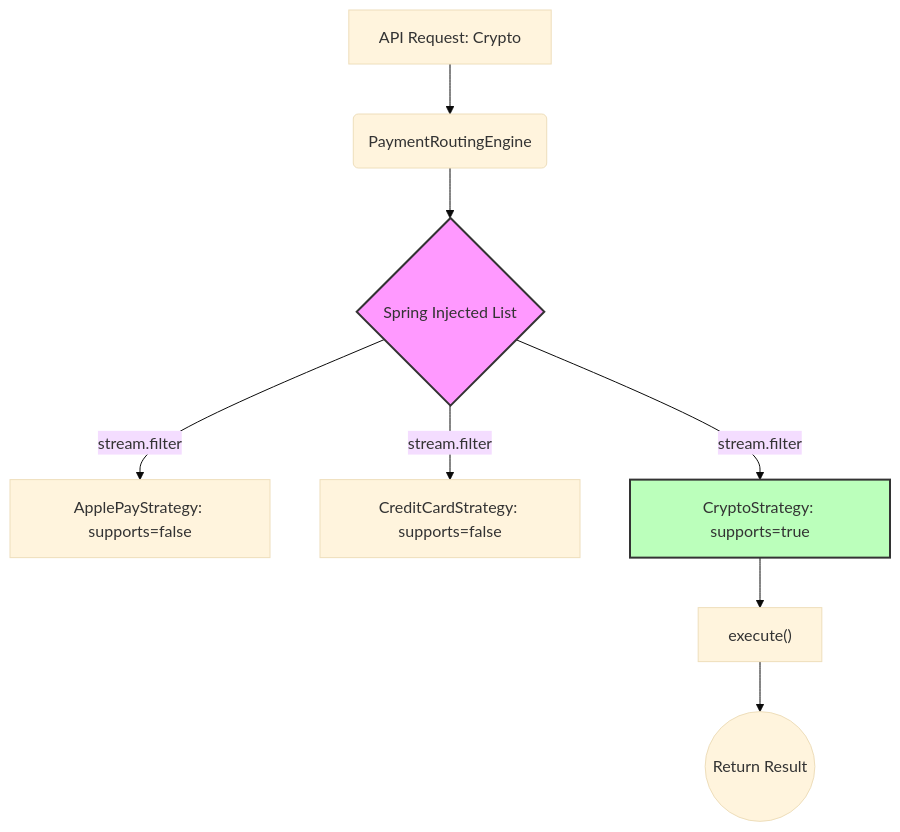
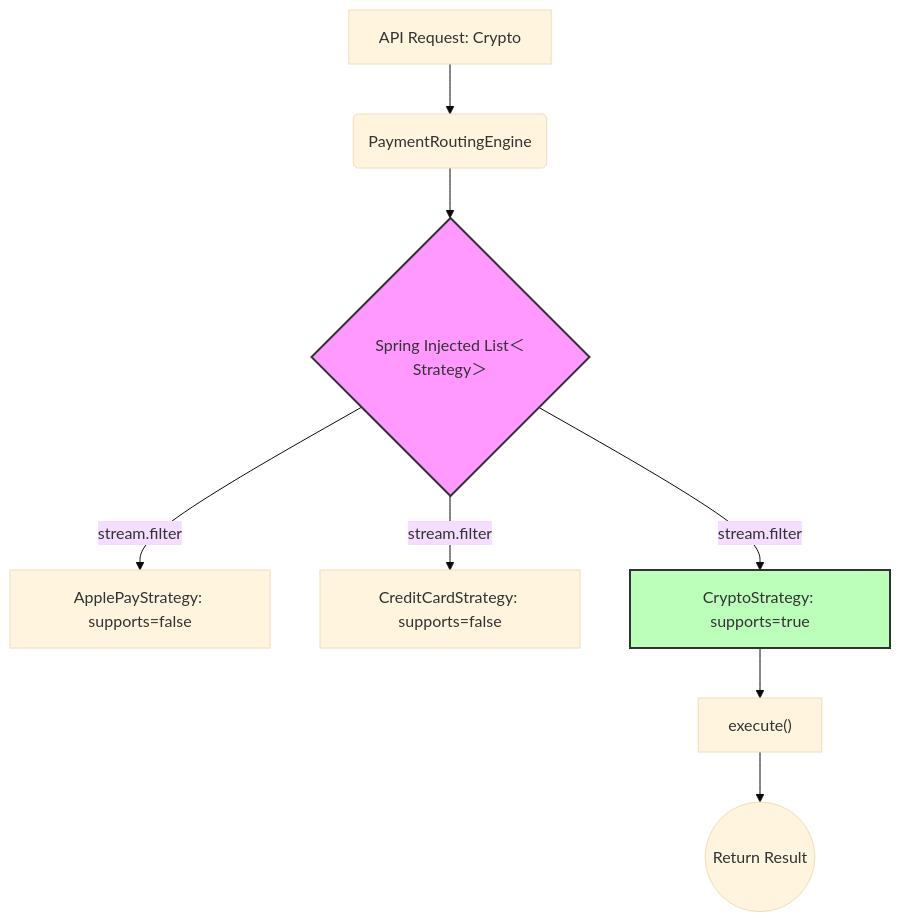
One commit to tuanhiep/principal changed the diagram in content/posts/2.routing_as_first_class_problem.md. Above: the diagram before and after it, drawn with Mermaid (base theme). The commit also changed other lines of this file, not shown here.

````diff
--- a/content/posts/2.routing_as_first_class_problem.md
+++ b/content/posts/2.routing_as_first_class_problem.md
@@ -106,14 +113,13 @@
 ```mermaid
 graph TD
     A["API Request: Crypto"] --> B("PaymentRoutingEngine")
-    B --> C{"Spring Injected List<Strategy>"}
+    B --> C{"Spring Injected List＜Strategy＞"}
     C -->|"stream.filter"| D["ApplePayStrategy: supports=false"]
     C -->|"stream.filter"| E["CreditCardStrategy: supports=false"]
     C -->|"stream.filter"| F["CryptoStrategy: supports=true"]
     F --> G["execute()"]
     G --> H(("Return Result"))
 
     style C fill:#f9f,stroke:#333,stroke-width:2px
     style F fill:#bfb,stroke:#333,stroke-width:2px
-
 ```
````
